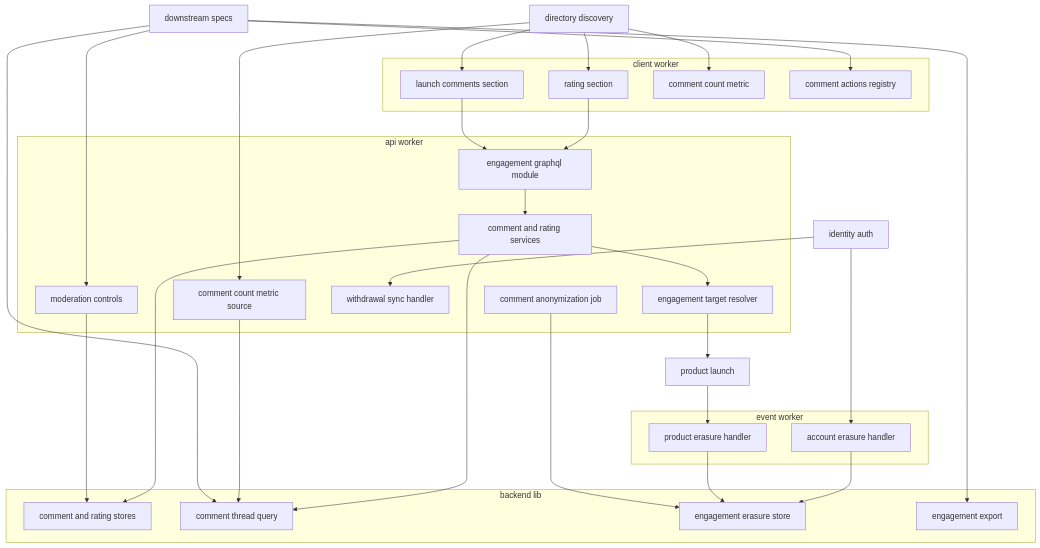
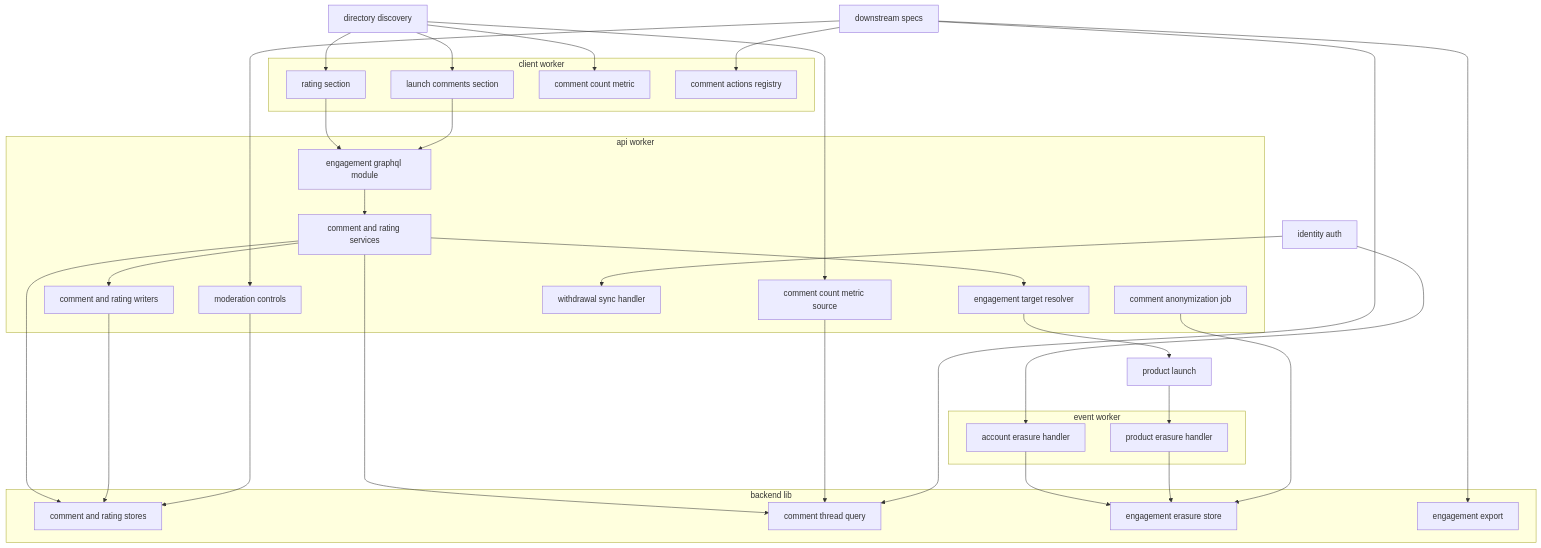
The first of 5 diagrams in .kiro/specs/engagement/design.md (kurachiweb/genai-example-2-launch-platform), drawn with Mermaid before and after one commit. The commit also changed other lines of this file and 3 other files, not shown here.

````diff
--- a/.kiro/specs/engagement/design.md
+++ b/.kiro/specs/engagement/design.md
@@ -89,55 +92,58 @@
 ```mermaid
 graph TB
     subgraph ClientWorker[client worker]
         RatingSection[rating section]
         CommentsSection[launch comments section]
         MetricView[comment count metric]
         ActionRegistry[comment actions registry]
     end
     subgraph ApiWorker[api worker]
         Module[engagement graphql module]
         Target[engagement target resolver]
         Services[comment and rating services]
+        Writers[comment and rating writers]
         Moderation[moderation controls]
         MetricSource[comment count metric source]
         Withdrawal[withdrawal sync handler]
         Job[comment anonymization job]
     end
     subgraph EventWorker[event worker]
         AccountErasure[account erasure handler]
         ProductErasure[product erasure handler]
     end
     subgraph BackendLib[backend lib]
         Stores[comment and rating stores]
         Query[comment thread query]
         Erasure[engagement erasure store]
         Export[engagement export]
     end
     ProductLaunch[product launch]
     Identity[identity auth]
     Directory[directory discovery]
     Downstream[downstream specs]
     Directory --> RatingSection
     Directory --> CommentsSection
     Directory --> MetricView
     RatingSection --> Module
     CommentsSection --> Module
     Module --> Services
     Services --> Target
     Target --> ProductLaunch
     Services --> Stores
+    Services --> Writers
+    Writers --> Stores
     Services --> Query
     Directory --> MetricSource
     MetricSource --> Query
     Identity --> Withdrawal
     Identity --> AccountErasure
     ProductLaunch --> ProductErasure
     AccountErasure --> Erasure
     ProductErasure --> Erasure
     Job --> Erasure
     Downstream --> Moderation
     Downstream --> Export
     Downstream --> Query
     Downstream --> ActionRegistry
     Moderation --> Stores
 ```
````
